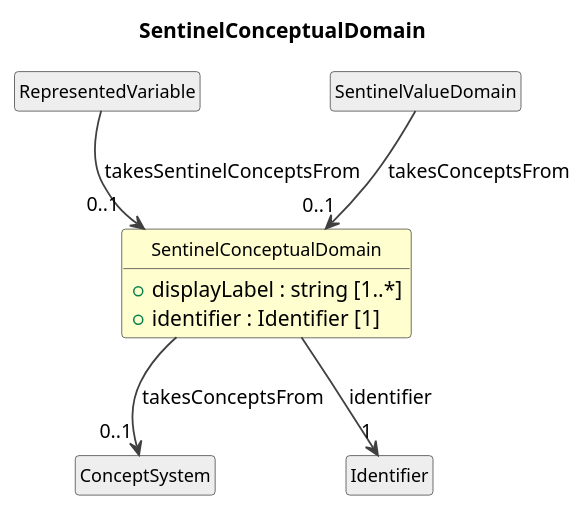
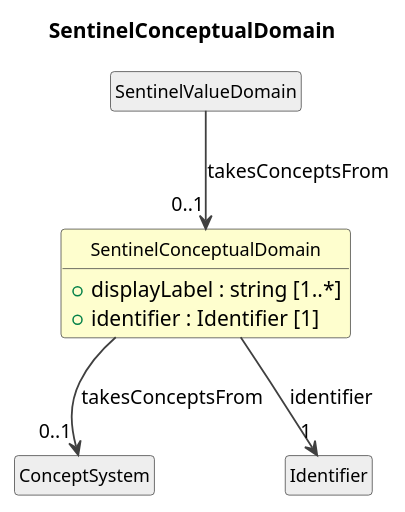
Before and after one commit to Cross-Domain-Interoperability-Framework/metadataBuildingBlocks: the diagram in cdif-uml-model/_plantuml/cdifDataStructure/Classes/SentinelConceptualDomain.pu, drawn with PlantUML. The commit also changed 137 other files, not shown here.

First line of the commit message:
Regenerate UML model browser: simplified child diagrams + model edits

```diff
--- a/cdif-uml-model/_plantuml/cdifDataStructure/Classes/SentinelConceptualDomain.pu
+++ b/cdif-uml-model/_plantuml/cdifDataStructure/Classes/SentinelConceptualDomain.pu
@@ -1,26 +1,24 @@
 @startuml
 title SentinelConceptualDomain
 hide circle
 hide empty members
 skinparam shadowing false
 skinparam ArrowThickness 1.2
 skinparam class {
   ArrowColor #404040
   BorderColor #404040
   FontSize 12
 }
 
 class "SentinelConceptualDomain" as SentinelConceptualDomain #FEFECE {
   +displayLabel : string [1..*]
   +identifier : Identifier [1]
 }
-class "RepresentedVariable" as RepresentedVariable #EEEEEE
-RepresentedVariable --> "0..1" SentinelConceptualDomain : takesSentinelConceptsFrom
 class "SentinelValueDomain" as SentinelValueDomain #EEEEEE
 SentinelValueDomain --> "0..1" SentinelConceptualDomain : takesConceptsFrom
 class "ConceptSystem" as ConceptSystem #EEEEEE
 SentinelConceptualDomain --> "0..1" ConceptSystem : takesConceptsFrom
 class "Identifier" as Identifier #EEEEEE
 SentinelConceptualDomain --> "1" Identifier : identifier
 
 @enduml
```
